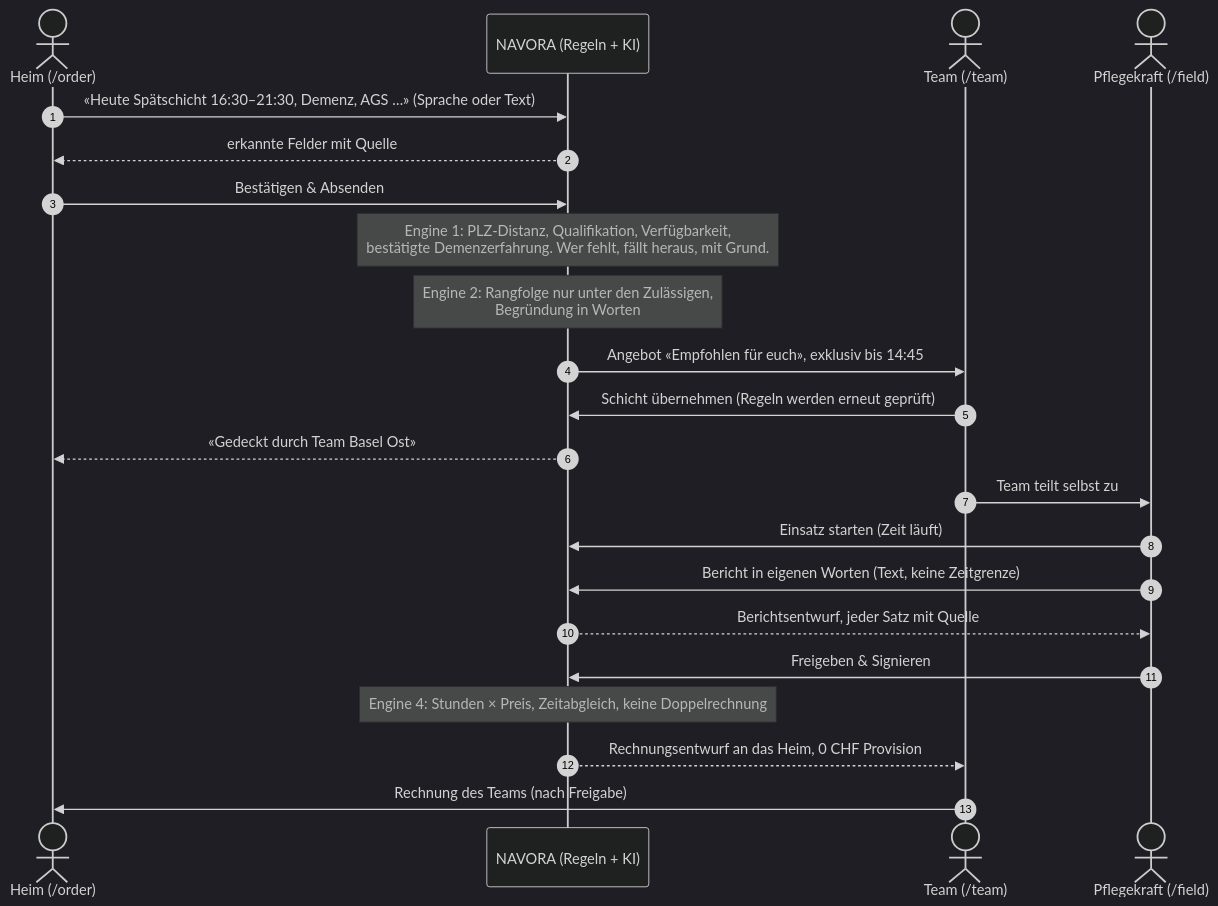
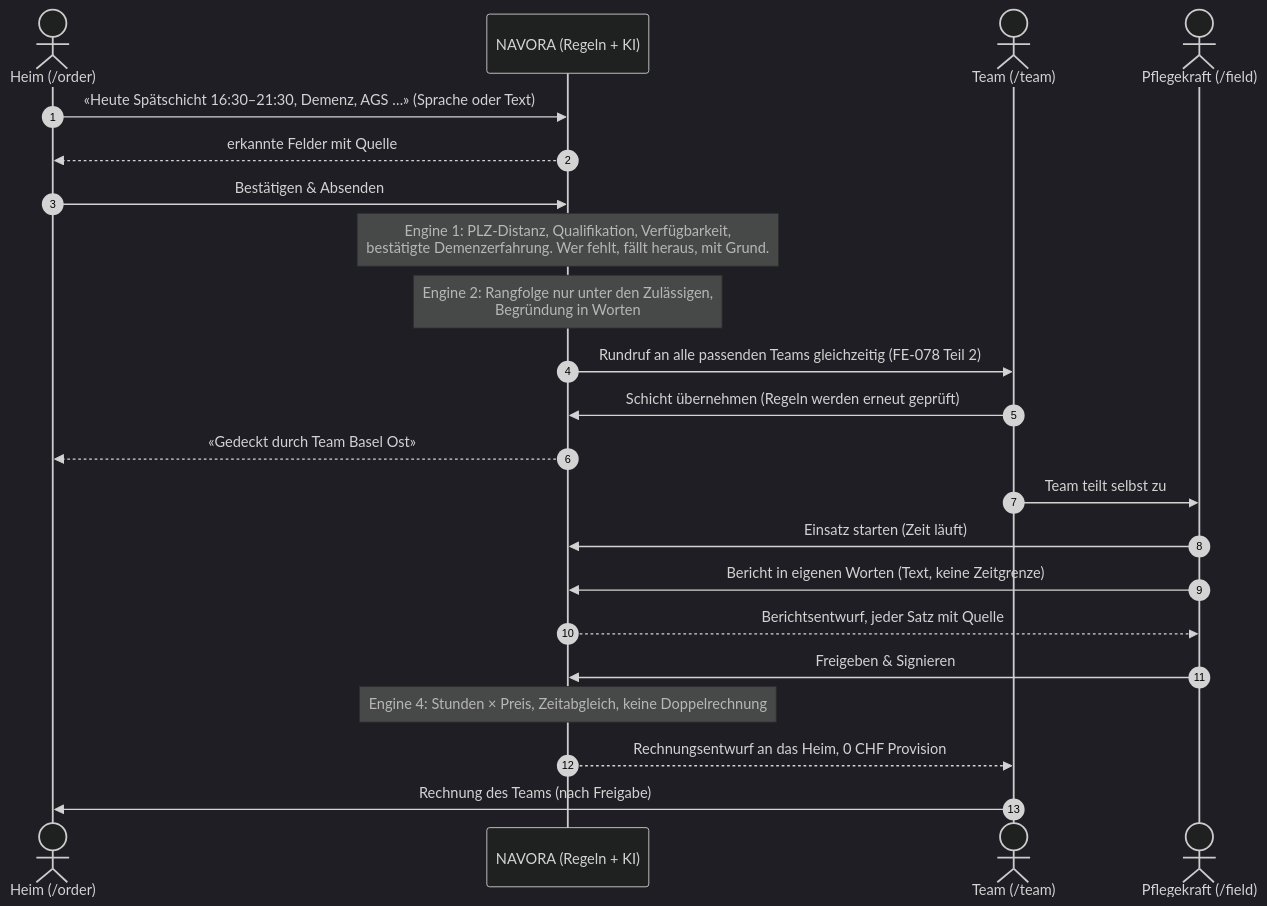
One commit to Ivica1984/navora-mvp changed the fifth of 11 diagrams in docs/product/ARCHITECTURE_REVIEW_AND_IMPLEMENTATION_BLUEPRINT_V3.md. Above: the diagram before and after it, drawn with Mermaid (dark theme). The commit also changed other lines of this file and 9 other files, not shown here.

````diff
--- a/docs/product/ARCHITECTURE_REVIEW_AND_IMPLEMENTATION_BLUEPRINT_V3.md
+++ b/docs/product/ARCHITECTURE_REVIEW_AND_IMPLEMENTATION_BLUEPRINT_V3.md
@@ -396,24 +396,24 @@
 ```mermaid
 sequenceDiagram
   autonumber
   actor Heim as Heim (/order)
   participant N as NAVORA (Regeln + KI)
   actor Team as Team (/team)
   actor PK as Pflegekraft (/field)
   Heim->>N: «Heute Spätschicht 16:30–21:30, Demenz, AGS …» (Sprache oder Text)
   N-->>Heim: erkannte Felder mit Quelle
   Heim->>N: Bestätigen & Absenden
   Note over N: Engine 1: PLZ-Distanz, Qualifikation, Verfügbarkeit,<br/>bestätigte Demenzerfahrung. Wer fehlt, fällt heraus, mit Grund.
   Note over N: Engine 2: Rangfolge nur unter den Zulässigen,<br/>Begründung in Worten
-  N->>Team: Angebot «Empfohlen für euch», exklusiv bis 14:45
+  N->>Team: Rundruf an alle passenden Teams gleichzeitig (FE-078 Teil 2)
   Team->>N: Schicht übernehmen (Regeln werden erneut geprüft)
   N-->>Heim: «Gedeckt durch Team Basel Ost»
   Team->>PK: Team teilt selbst zu
   PK->>N: Einsatz starten (Zeit läuft)
   PK->>N: Bericht in eigenen Worten (Text, keine Zeitgrenze)
   N-->>PK: Berichtsentwurf, jeder Satz mit Quelle
   PK->>N: Freigeben & Signieren
   Note over N: Engine 4: Stunden × Preis, Zeitabgleich, keine Doppelrechnung
   N-->>Team: Rechnungsentwurf an das Heim, 0 CHF Provision
   Team->>Heim: Rechnung des Teams (nach Freigabe)
 ```
````
